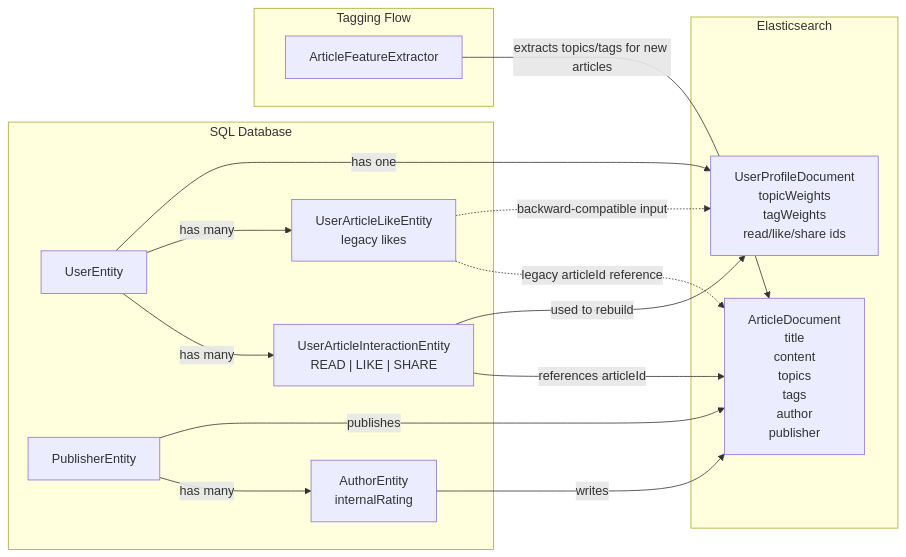
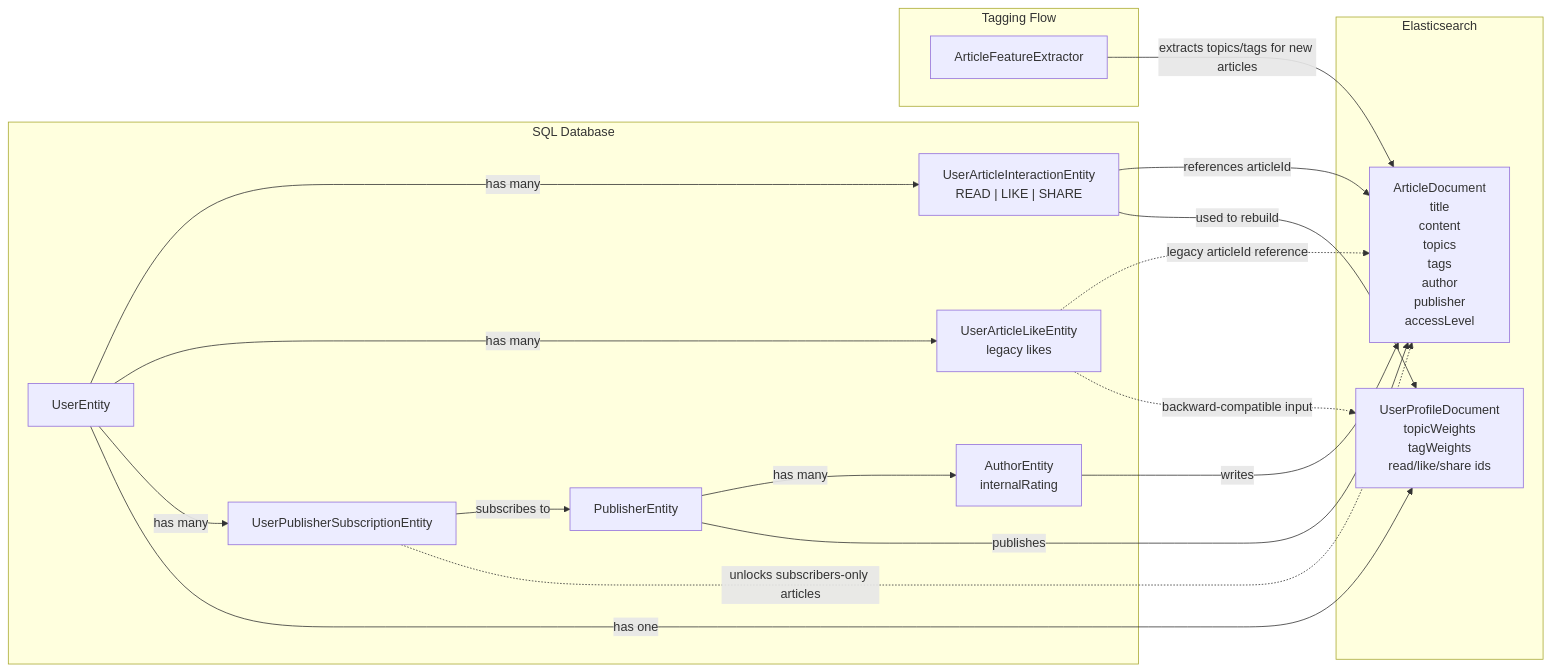
One commit to miaaaooow/jprime-2026-recommender changed the diagram in docs/model-diagram.md. Above: the diagram before and after it, drawn with Mermaid. The commit also changed 30 other files, not shown here.

````diff
--- a/docs/model-diagram.md
+++ b/docs/model-diagram.md
@@ -3,35 +3,40 @@
 ```mermaid
 flowchart LR
     subgraph SQL["SQL Database"]
         U["UserEntity"]
         UI["UserArticleInteractionEntity\nREAD | LIKE | SHARE"]
         UL["UserArticleLikeEntity\nlegacy likes"]
+        US["UserPublisherSubscriptionEntity"]
         P["PublisherEntity"]
         A["AuthorEntity\ninternalRating"]
     end
 
     subgraph ES["Elasticsearch"]
-        AD["ArticleDocument\ntitle\ncontent\ntopics\ntags\nauthor\npublisher"]
+        AD["ArticleDocument\ntitle\ncontent\ntopics\ntags\nauthor\npublisher\naccessLevel"]
         UP["UserProfileDocument\ntopicWeights\ntagWeights\nread/like/share ids"]
     end
 
     subgraph Tagging["Tagging Flow"]
         FE["ArticleFeatureExtractor"]
     end
 
     P -->|has many| A
     P -->|publishes| AD
     A -->|writes| AD
 
     U -->|has many| UI
     U -->|has many| UL
+    U -->|has many| US
     U -->|has one| UP
 
     UI -->|references articleId| AD
     UL -.->|legacy articleId reference| AD
+    US -->|subscribes to| P
 
     UI -->|used to rebuild| UP
     UL -.->|backward-compatible input| UP
 
+    US -.->|unlocks subscribers-only articles| AD
+
     FE -->|extracts topics/tags for new articles| AD
 ```
````
